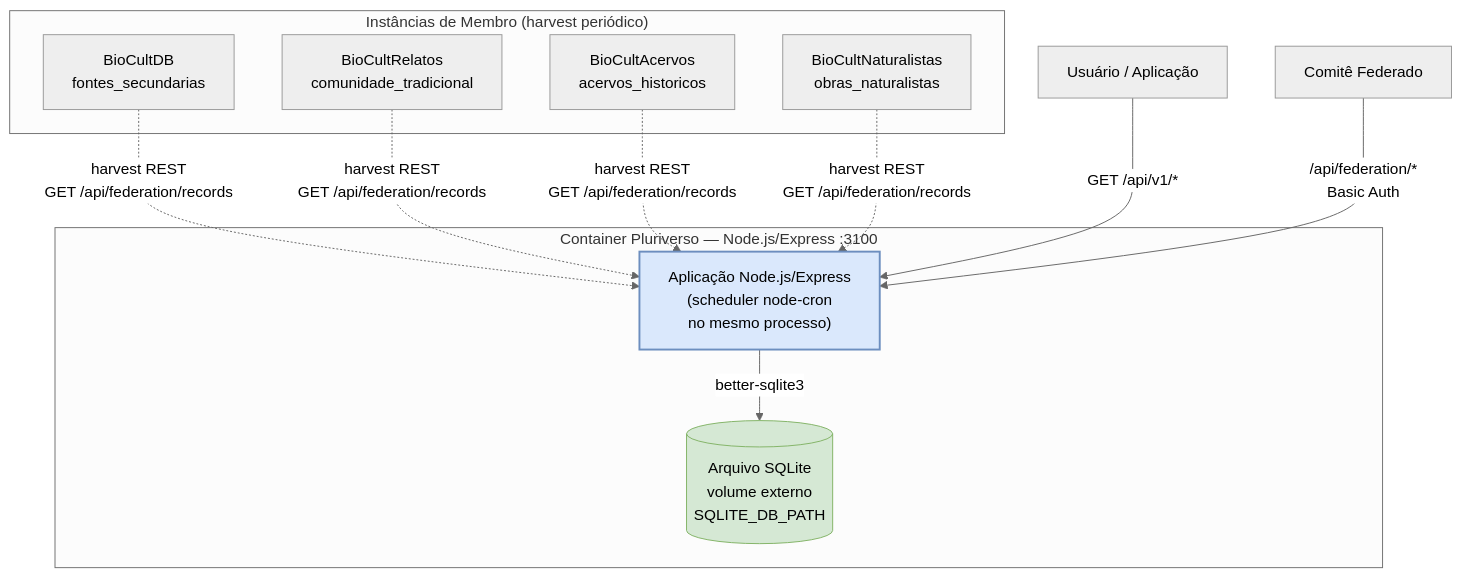
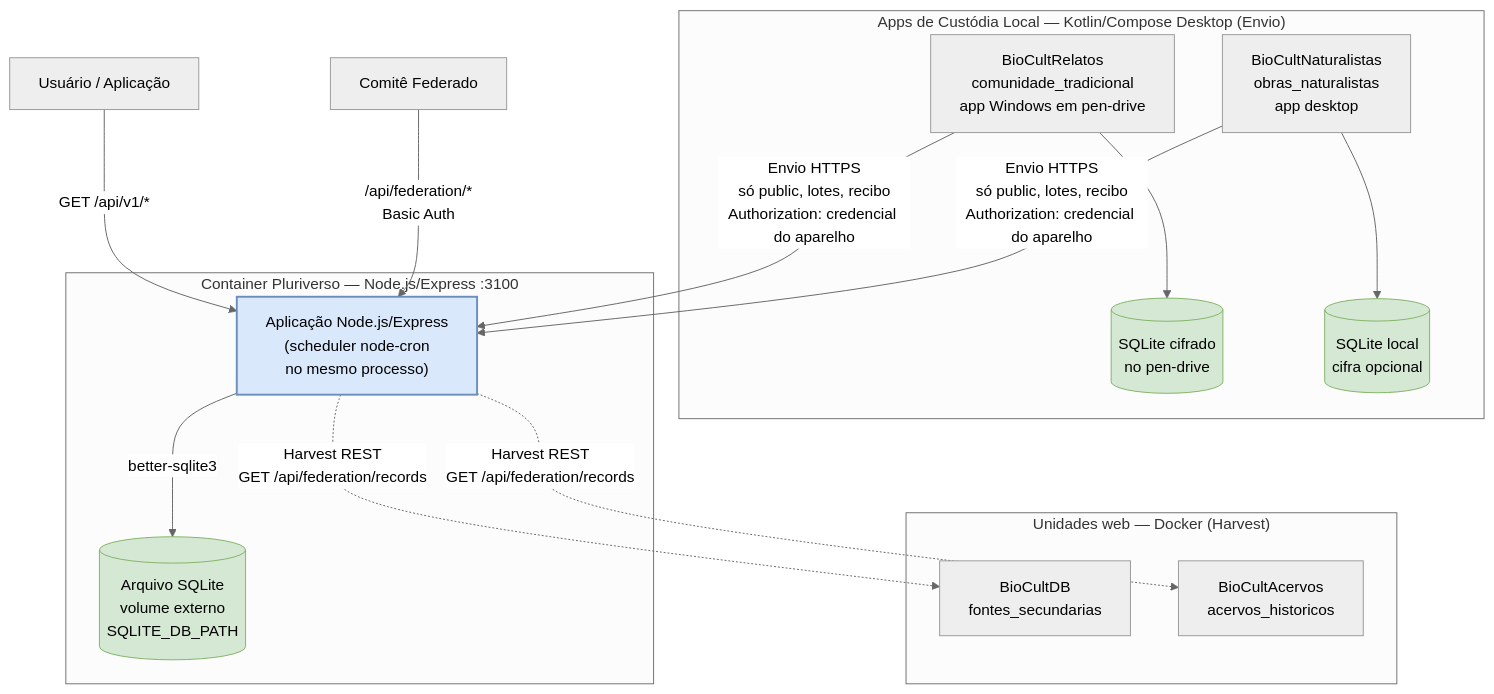
The second of 2 diagrams in docs/tecnico/c4-model/02-container-diagram.md (edalcin/Arquitetura-BioCultural), drawn with Mermaid (neutral theme) before and after one commit. The commit also changed other lines of this file and 2 other files, not shown here.

Commit message:
docs(glossario,c4): Custódia Local, Envio, Harvest, Pacote de Vocabulário; Unidade Federada redefinida; C4 com duas entradas do pluriverso (#40)

````diff
--- a/docs/tecnico/c4-model/02-container-diagram.md
+++ b/docs/tecnico/c4-model/02-container-diagram.md
@@ -494,25 +498,33 @@
 ```mermaid
 graph TB
-    subgraph Membros["Instâncias de Membro (harvest periódico)"]
+    subgraph Web["Unidades web — Docker (Harvest)"]
         M1["BioCultDB<br/>fontes_secundarias"]
-        M2["BioCultRelatos<br/>comunidade_tradicional"]
         M3["BioCultAcervos<br/>acervos_historicos"]
-        M4["BioCultNaturalistas<br/>obras_naturalistas"]
+    end
+
+    subgraph Apps["Apps de Custódia Local — Kotlin/Compose Desktop (Envio)"]
+        M2["BioCultRelatos<br/>comunidade_tradicional<br/>app Windows em pen-drive"]
+        M2DB[("SQLite cifrado<br/>no pen-drive")]
+        M4["BioCultNaturalistas<br/>obras_naturalistas<br/>app desktop"]
+        M4DB[("SQLite local<br/>cifra opcional")]
+        M2 --> M2DB
+        M4 --> M4DB
     end
 
     subgraph Container["Container Pluriverso — Node.js/Express :3100"]
         App["Aplicação Node.js/Express<br/>(scheduler node-cron<br/>no mesmo processo)"]
         DB[("Arquivo SQLite<br/>volume externo<br/>SQLITE_DB_PATH")]
         App -- "better-sqlite3" --> DB
     end
 
-    M1 & M2 & M3 & M4 -. "harvest REST<br/>GET /api/federation/records" .-> App
+    App -. "Harvest REST<br/>GET /api/federation/records" .-> M1 & M3
+    M2 & M4 -- "Envio HTTPS<br/>só public, lotes, recibo<br/>Authorization: credencial do aparelho" --> App
 
     Usuario["Usuário / Aplicação"] -->|"GET /api/v1/*"| App
     Comite["Comitê Federado"] -->|"/api/federation/*<br/>Basic Auth"| App
 
     classDef container fill:#dae8fc,stroke:#6c8ebf,stroke-width:2px
     classDef db fill:#d5e8d4,stroke:#82b366
     class App container
-    class DB db
+    class DB,M2DB,M4DB db
 ```
````
